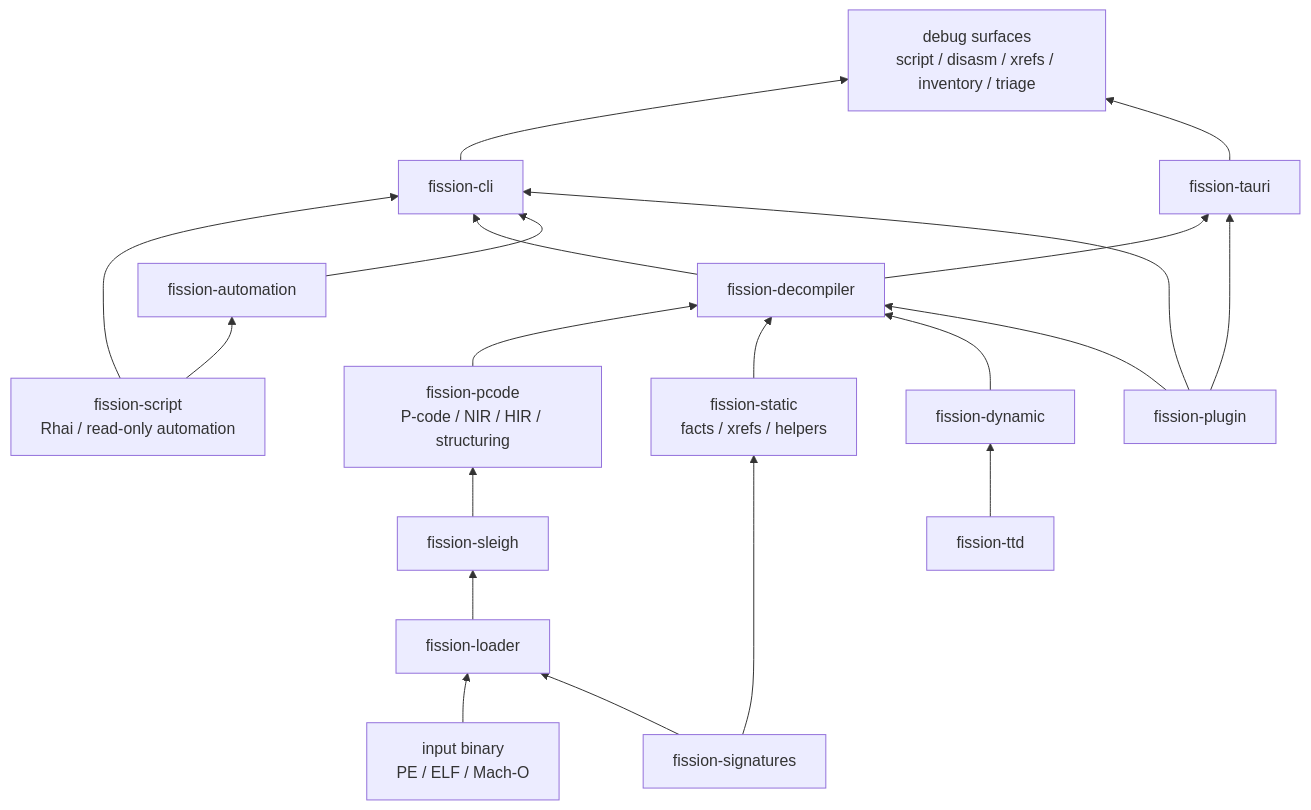
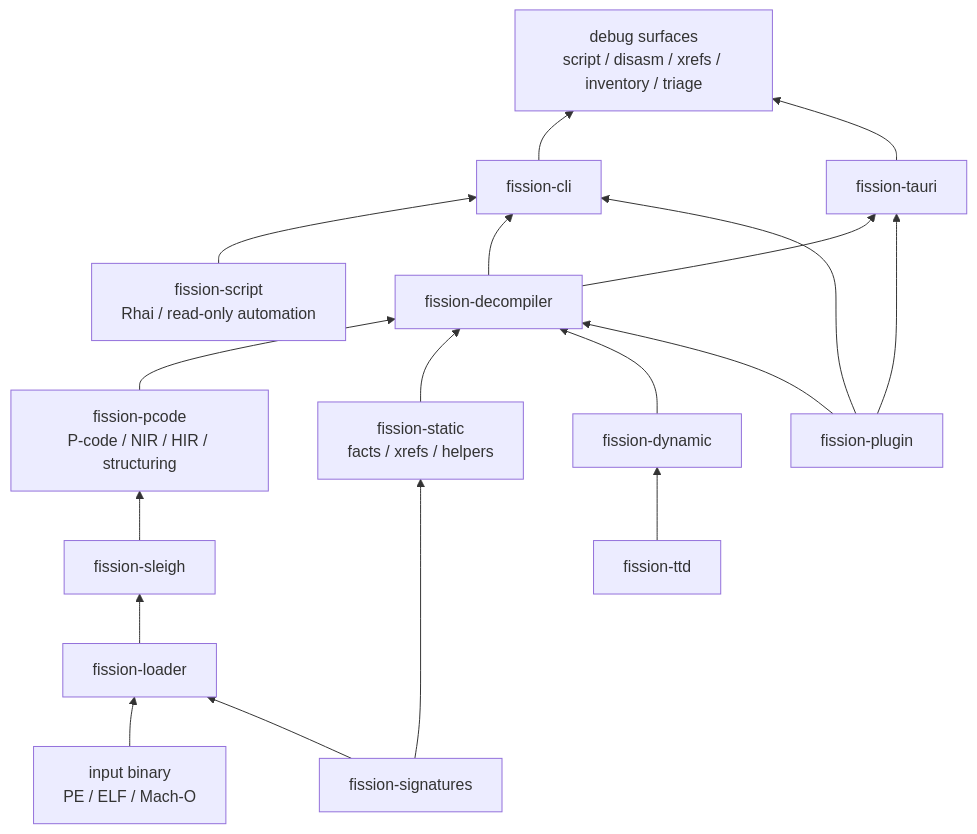
Before and after one commit to fission-systems/Fission: the second of 5 diagrams in docs/architecture/DIAGRAMS.md, drawn with Mermaid. The commit also changed 45 other files, not shown here.

````diff
--- a/docs/architecture/DIAGRAMS.md
+++ b/docs/architecture/DIAGRAMS.md
@@ -36,22 +36,20 @@
 ```mermaid
 flowchart BT
     Binary["input binary<br/>PE / ELF / Mach-O"] --> Loader["fission-loader"]
     Loader --> Sleigh["fission-sleigh"]
     Sleigh --> Pcode["fission-pcode<br/>P-code / NIR / HIR / structuring"]
     Pcode --> Decompiler["fission-decompiler"]
     Static["fission-static<br/>facts / xrefs / helpers"] --> Decompiler
     Signatures["fission-signatures"] --> Loader
     Signatures --> Static
     Script["fission-script<br/>Rhai / read-only automation"] --> CLI
-    Script --> Automation["fission-automation"]
     Dynamic["fission-dynamic"] --> Decompiler
     TTD["fission-ttd"] --> Dynamic
     Plugin["fission-plugin"] --> Decompiler
     Decompiler --> CLI["fission-cli"]
     Decompiler --> GUI["fission-tauri"]
-    Automation --> CLI
     CLI --> Debug["debug surfaces<br/>script / disasm / xrefs / inventory / triage"]
     GUI --> Debug
     Plugin --> CLI
     Plugin --> GUI
 ```
````
